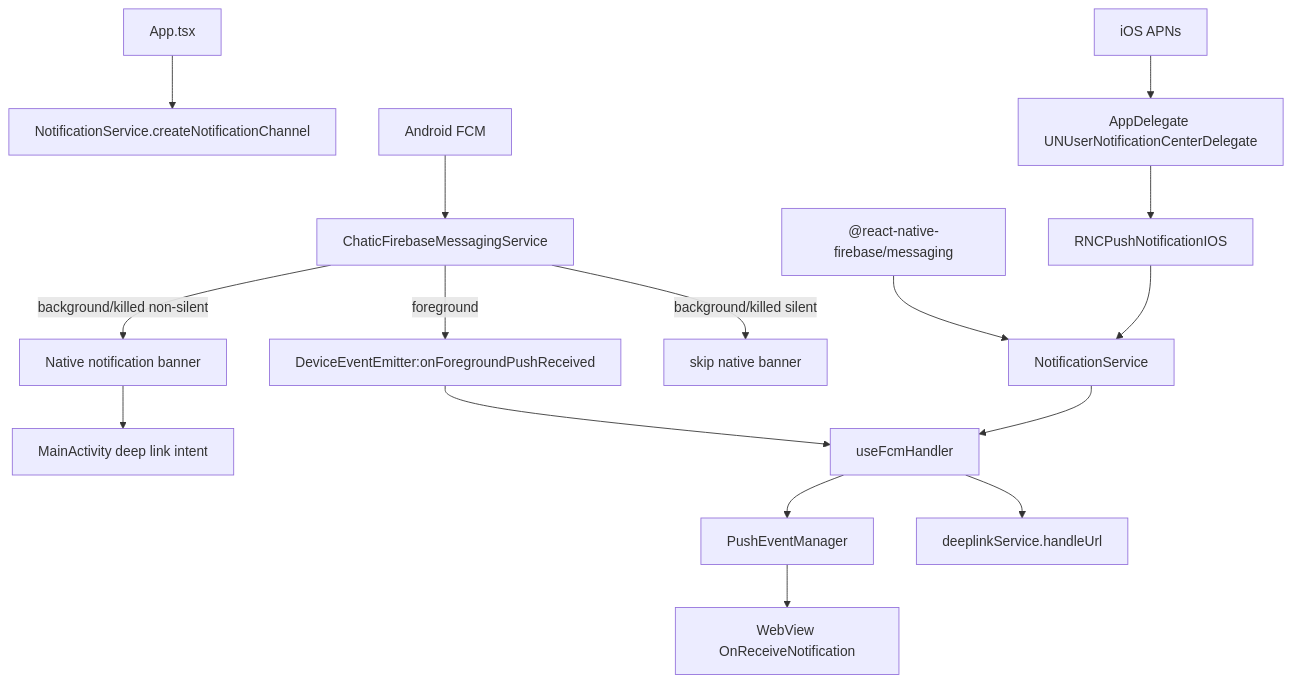
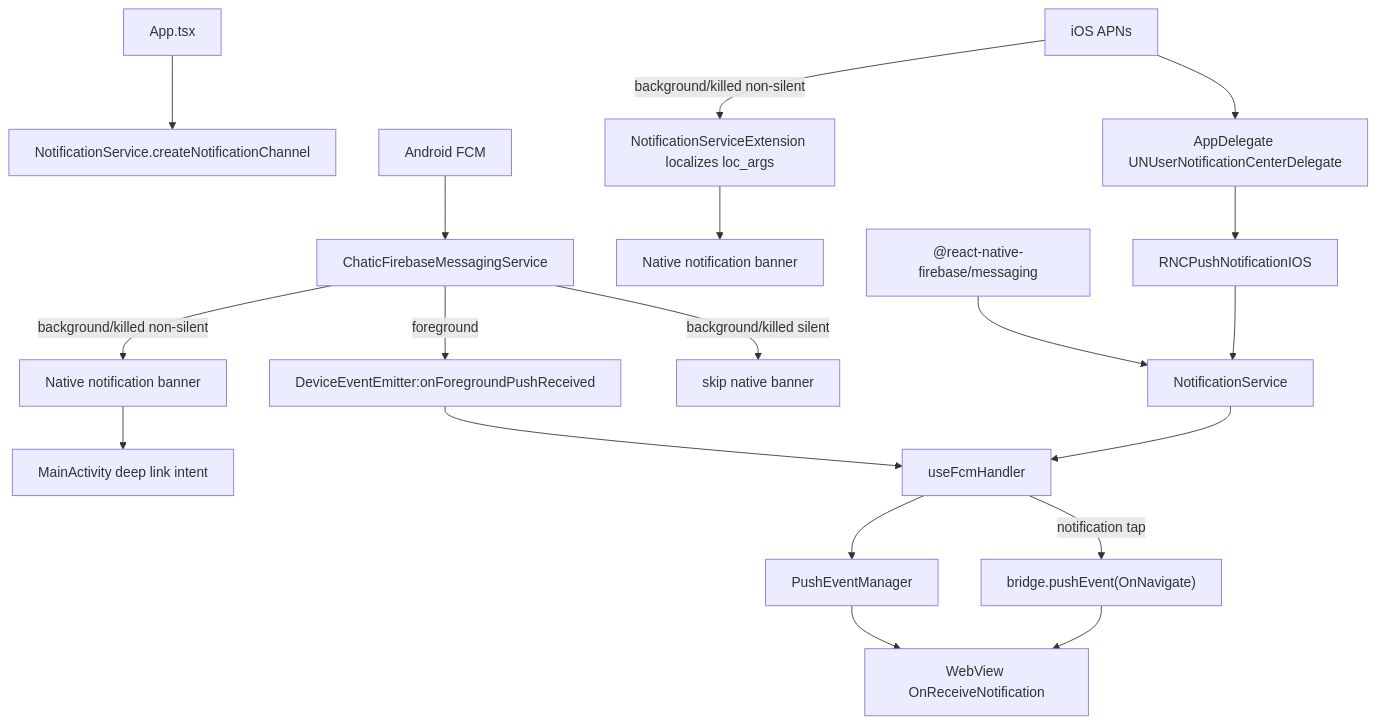
One commit to lemoncloud-io/dou-app changed the first of 4 diagrams in apps/mobile/docs/push.md. Above: the diagram before and after it, drawn with Mermaid. The commit also changed other lines of this file and 7 other files, not shown here.

First line of the commit message:
feat(mobile/push): route notification taps to WebView via OnNavigate with cid/sid

````diff
--- a/apps/mobile/docs/push.md
+++ b/apps/mobile/docs/push.md
@@ -21,21 +23,24 @@
 ```mermaid
 flowchart TD
     App["App.tsx"] --> Channels["NotificationService.createNotificationChannel"]
 
     AndroidFCM["Android FCM"] --> AndroidService["ChaticFirebaseMessagingService"]
     AndroidService -->|"foreground"| DeviceEvent["DeviceEventEmitter:onForegroundPushReceived"]
     AndroidService -->|"background/killed non-silent"| NativeBanner["Native notification banner"]
     AndroidService -->|"background/killed silent"| DropBanner["skip native banner"]
     NativeBanner --> MainActivity["MainActivity deep link intent"]
 
     IOSAPNs["iOS APNs"] --> AppDelegate["AppDelegate UNUserNotificationCenterDelegate"]
+    IOSAPNs -->|"background/killed non-silent"| NSE["NotificationServiceExtension localizes loc_args"]
+    NSE --> IOSBanner["Native notification banner"]
     AppDelegate --> PushIOS["RNCPushNotificationIOS"]
 
     FCMJS["@react-native-firebase/messaging"] --> NotificationService["NotificationService"]
     PushIOS --> NotificationService
     DeviceEvent --> FcmHandler["useFcmHandler"]
     NotificationService --> FcmHandler
     FcmHandler --> PushEventManager["PushEventManager"]
     PushEventManager --> WebView["WebView OnReceiveNotification"]
-    FcmHandler --> Deeplink["deeplinkService.handleUrl"]
+    FcmHandler -->|"notification tap"| Navigate["bridge.pushEvent(OnNavigate)"]
+    Navigate --> WebView
 ```
````
